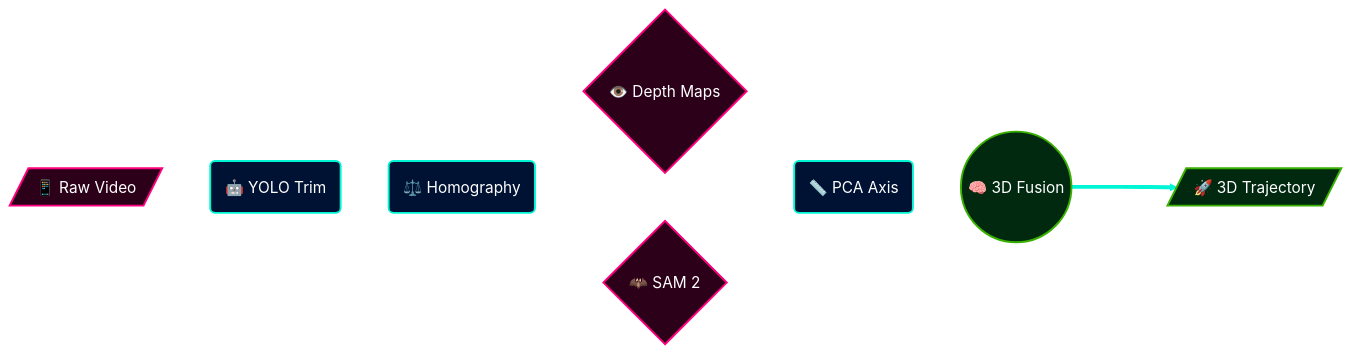
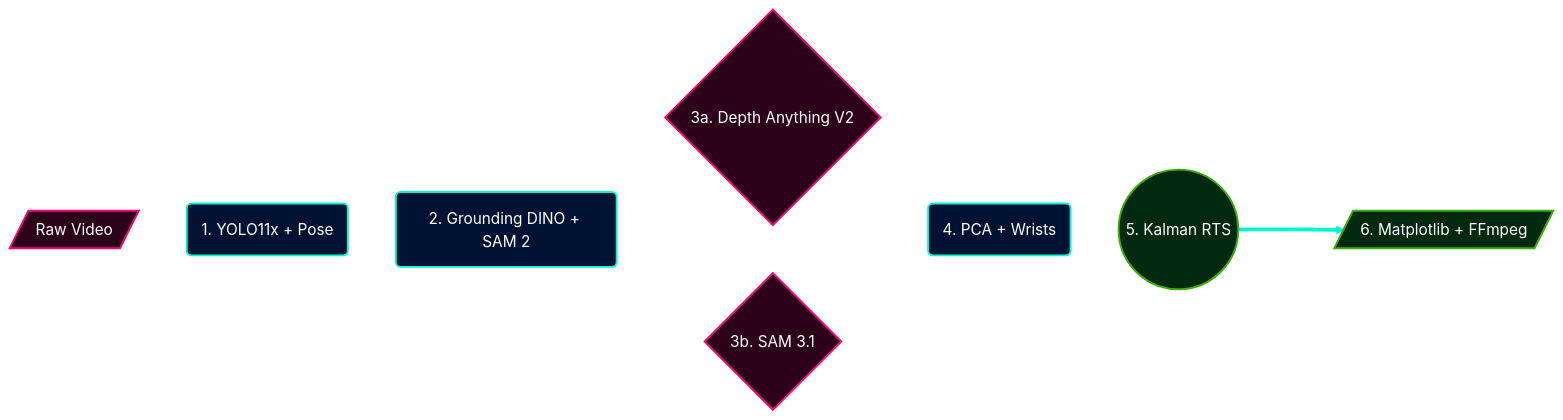
Before and after one commit to adnanmsk/blog_privew: the second of 4 diagrams in pipeline_diagrams.md, drawn with Mermaid. The commit also changed other lines of this file, not shown here.

Commit message:
Remove emojis and fix model names in diagram options

````diff
--- a/pipeline_diagrams.md
+++ b/pipeline_diagrams.md
@@ -57,23 +57,23 @@
 ```mermaid
 flowchart LR
     %% Custom Styles
     classDef pink fill:#2d001a,stroke:#ff007f,stroke-width:2px,color:#fff;
     classDef blue fill:#001233,stroke:#00f5d4,stroke-width:2px,color:#fff;
     classDef green fill:#002910,stroke:#38b000,stroke-width:2px,color:#fff;
 
-    A[/"📱 Raw Video"/]:::pink --> B("🤖 YOLO Trim"):::blue
-    B --> C("⚖️ Homography"):::blue
+    A[/"Raw Video"/]:::pink --> B("1. YOLO11x + Pose"):::blue
+    B --> C("2. Grounding DINO + SAM 2"):::blue
     
-    C --> D{"👁️ Depth Maps"}:::pink
-    C --> E{"🦇 SAM 2"}:::pink
+    C --> D{"3a. Depth Anything V2"}:::pink
+    C --> E{"3b. SAM 3.1"}:::pink
     
-    D --> F("📏 PCA Axis"):::blue
+    D --> F("4. PCA + Wrists"):::blue
     E --> F
     
-    F --> G(("🧠 3D Fusion")):::green
-    G ===> H[/"🚀 3D Trajectory"/]:::green
+    F --> G(("5. Kalman RTS")):::green
+    G ===> H[/"6. Matplotlib + FFmpeg"/]:::green
     
     %% Animated-looking dashed lines
     linkStyle 0,1,2,3,4,5,6 stroke:#fff,stroke-width:2px,stroke-dasharray: 5 5;
     linkStyle 7 stroke:#00f5d4,stroke-width:4px;
 ```
````
